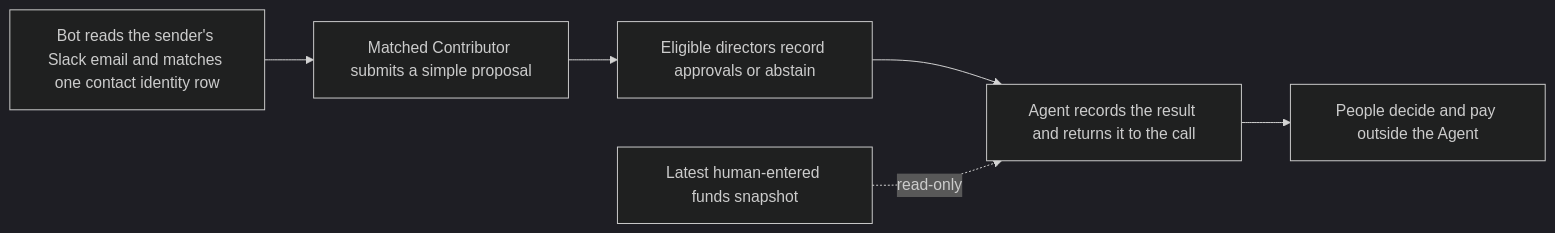
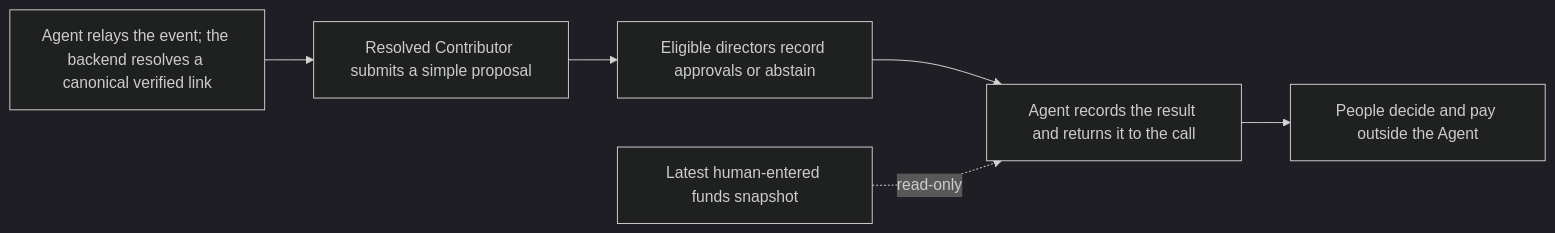
One commit to tempest2023/rein-agent changed the second of 2 diagrams in docs/architecture.md. Above: the diagram before and after it, drawn with Mermaid (dark theme). The commit also changed other lines of this file and 42 other files, not shown here.

First line of the commit message:
Route cross-channel contact identity through authenticated backend

````diff
--- a/docs/architecture.md
+++ b/docs/architecture.md
@@ -80,8 +84,8 @@
 ```mermaid
 flowchart LR
-  Identify[Bot reads the sender's Slack email and matches one contact identity row] --> Propose[Matched Contributor submits a simple proposal]
+  Identify[Agent relays the event; the backend resolves a canonical verified link] --> Propose[Resolved Contributor submits a simple proposal]
   Propose --> Vote[Eligible directors record approvals or abstain]
   Vote --> Result[Agent records the result and returns it to the call]
   Funds[Latest human-entered funds snapshot] -. read-only .-> Result
   Result --> Human[People decide and pay outside the Agent]
 ```
````
